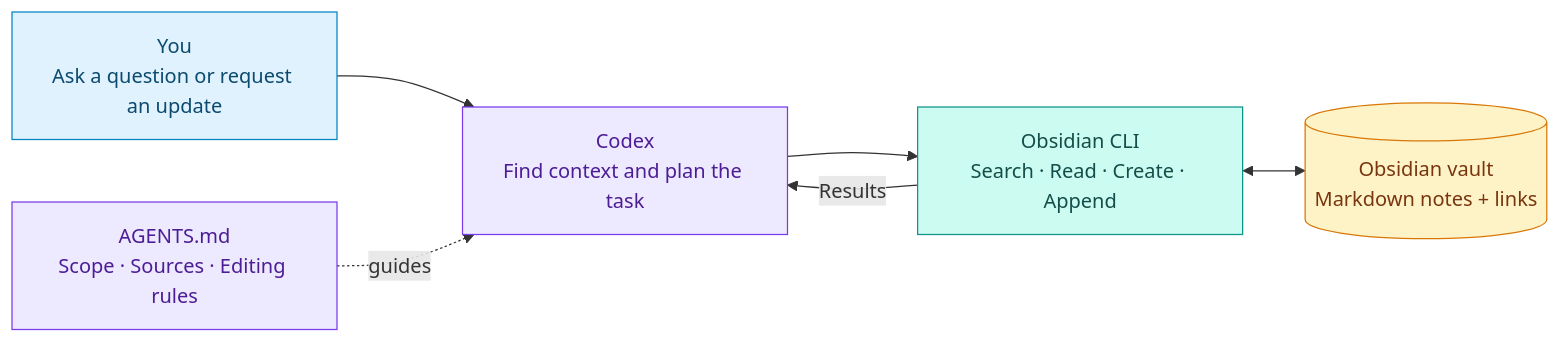
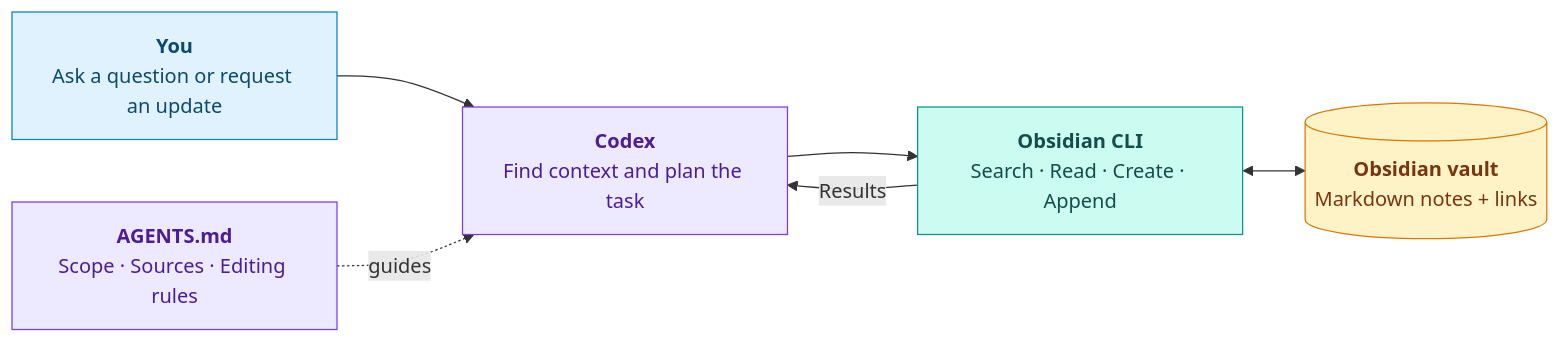
The diagram in README.md (shpax-dev/prompt-to-knowledge), drawn with Mermaid before and after one commit. The commit also changed other lines of this file and 40 other files, not shown here.

````diff
--- a/README.md
+++ b/README.md
@@ -35,23 +30,23 @@
 ```mermaid
 flowchart LR
-    U["You<br/>Ask a question or request an update"]
-    A["Codex<br/>Find context and plan the task"]
-    C["Obsidian CLI<br/>Search · Read · Create · Append"]
-    V[("Obsidian vault<br/>Markdown notes + links")]
-    G["AGENTS.md<br/>Scope · Sources · Editing rules"]
+    U["<b>You</b><br/>Ask a question or request an update"]
+    A["<b>Codex</b><br/>Find context and plan the task"]
+    C["<b>Obsidian CLI</b><br/>Search · Read · Create · Append"]
+    V[("<b>Obsidian vault</b><br/>Markdown notes + links")]
+    G["<b>AGENTS.md</b><br/>Scope · Sources · Editing rules"]
 
     U --> A
     G -. guides .-> A
     A --> C
     C <--> V
     C -->|Results| A
 
     classDef person fill:#e0f2fe,stroke:#0284c7,color:#0c4a6e
     classDef agent fill:#ede9fe,stroke:#7c3aed,color:#4c1d95
     classDef tool fill:#ccfbf1,stroke:#0d9488,color:#134e4a
     classDef knowledge fill:#fef3c7,stroke:#d97706,color:#78350f
     class U person
     class A,G agent
     class C tool
     class V knowledge
 ```
````
